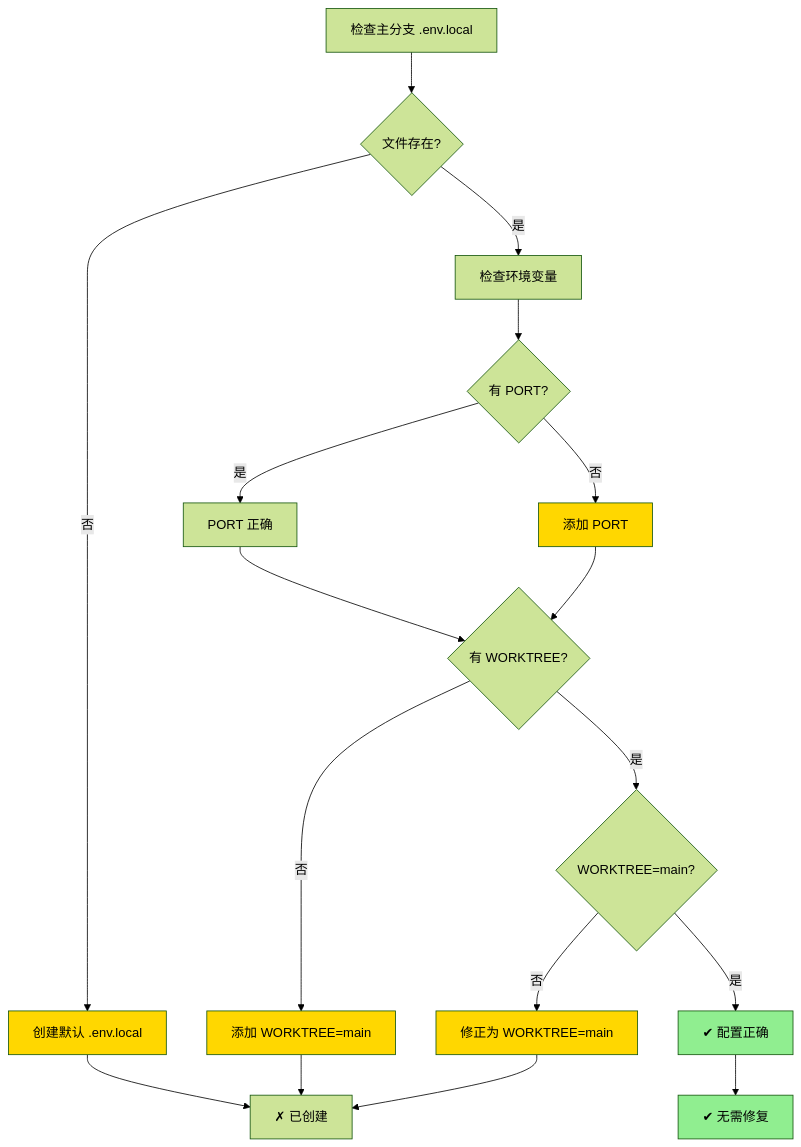
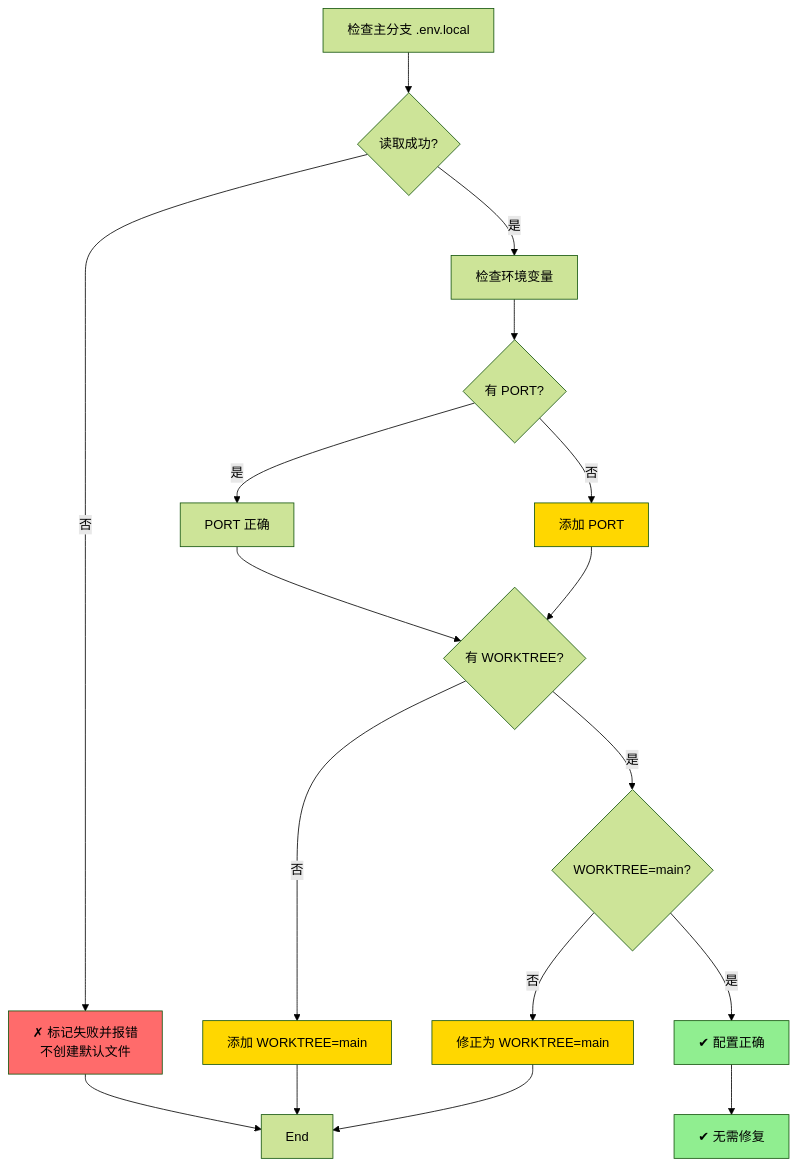
The second of 4 diagrams in docs/zh-CN/develop/design/commands/design-repair-command.md (colin-han/colyn), drawn with Mermaid (forest theme) before and after one commit. The commit also changed other lines of this file and 44 other files, not shown here.

````diff
--- a/docs/zh-CN/develop/design/commands/design-repair-command.md
+++ b/docs/zh-CN/develop/design/commands/design-repair-command.md
@@ -211,33 +211,33 @@
 ```mermaid
 graph TD
-    Start[检查主分支 .env.local] --> FileExists{文件存在?}
+    Start[检查主分支 .env.local] --> ReadFile{读取成功?}
 
-    FileExists -->|否| CreateFile[创建默认 .env.local]
-    FileExists -->|是| CheckVars[检查环境变量]
+    ReadFile -->|否| ReadFail[✗ 标记失败并报错<br/>不创建默认文件]
+    ReadFile -->|是| CheckVars[检查环境变量]
 
-    CreateFile --> End[✗ 已创建]
+    ReadFail --> End
 
     CheckVars --> HasPort{有 PORT?}
     HasPort -->|否| AddPort[添加 PORT]
     HasPort -->|是| PortOK[PORT 正确]
 
     PortOK --> HasWT{有 WORKTREE?}
     AddPort --> HasWT
 
     HasWT -->|否| AddWT[添加 WORKTREE=main]
     HasWT -->|是| WTValue{WORKTREE=main?}
 
     WTValue -->|否| FixWT[修正为 WORKTREE=main]
     WTValue -->|是| AllOK[✔ 配置正确]
 
     AddWT --> End
     FixWT --> End
     AllOK --> End2[✔ 无需修复]
 
-    style CreateFile fill:#FFD700
+    style ReadFail fill:#FF6B6B
     style AddPort fill:#FFD700
     style AddWT fill:#FFD700
     style FixWT fill:#FFD700
     style AllOK fill:#90EE90
     style End2 fill:#90EE90
 ```
````
